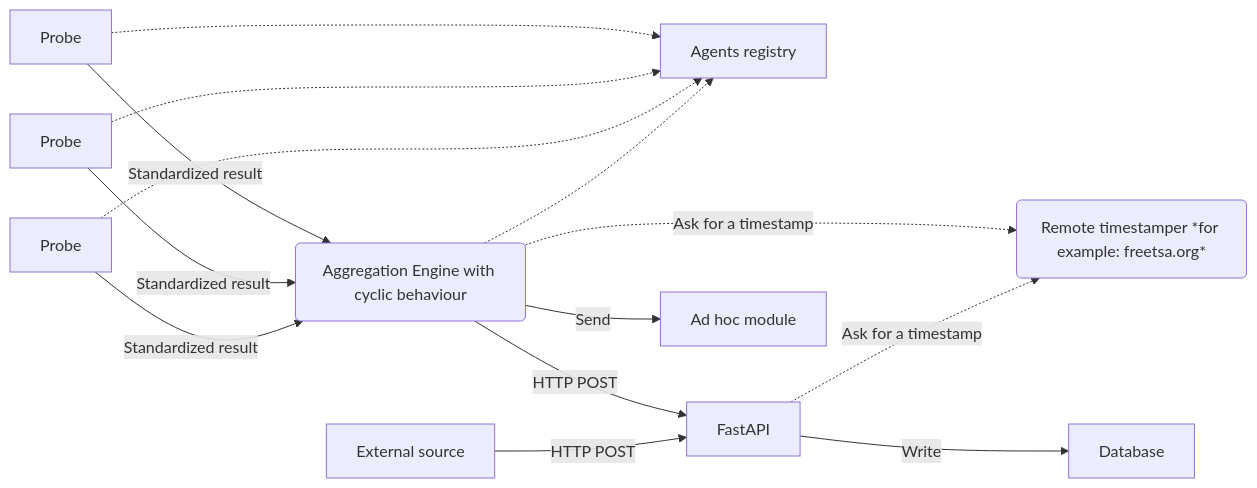
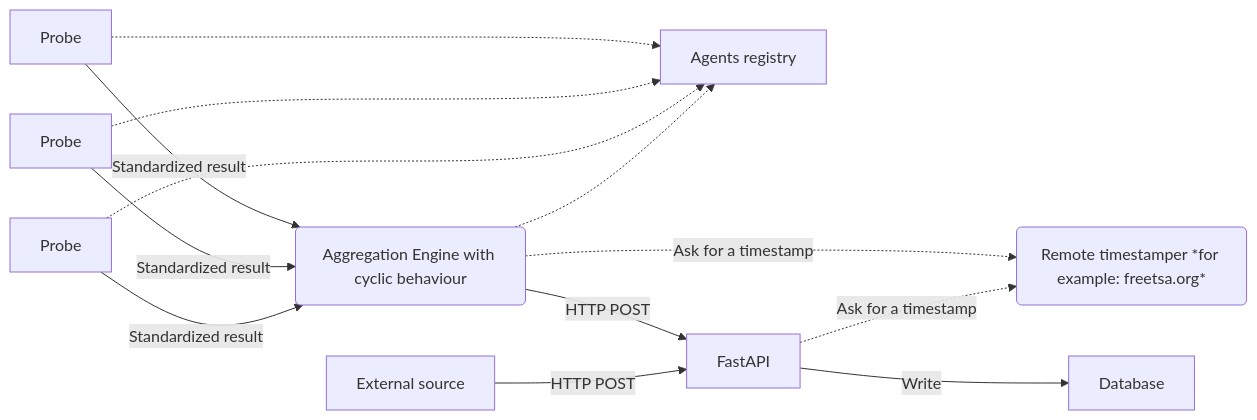
The diagram in README.md (scandale-project/scandale), drawn with Mermaid before and after one commit. The commit also changed 1 other file, not shown here.

Commit message:
chg: [dependencies] Removed a module from the flowchart.

````diff
--- a/README.md
+++ b/README.md
@@ -26,20 +26,19 @@
 ```mermaid
 flowchart LR
 
 P[Probe] -->|Standardized result| A(Aggregation Engine with cyclic behaviour)
 P1[Probe] -->|Standardized result| A
 P2[Probe] -->|Standardized result| A
 
 A -.->|Ask for a timestamp| RTS(Remote timestamper *for example: freetsa.org*)
 
 P -.-> H[Agents registry]
 P1 -.-> H
 P2 -.-> H
 A -.-> H
 
 A -->|HTTP POST| B[FastAPI]
-A -->|Send| M[Ad hoc module]
 B -.->|Ask for a timestamp| RTS
 B -->|Write| G[Database]
 E[External source] -->|HTTP POST| B
 ```
````
